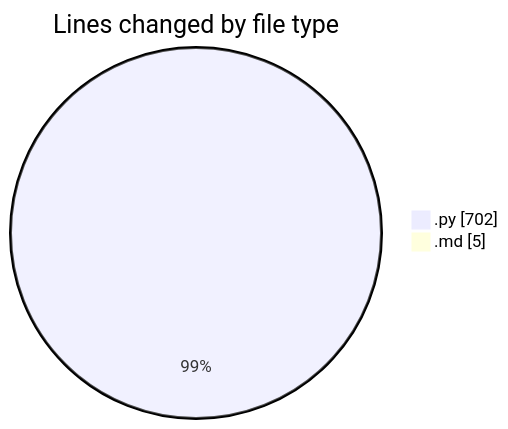
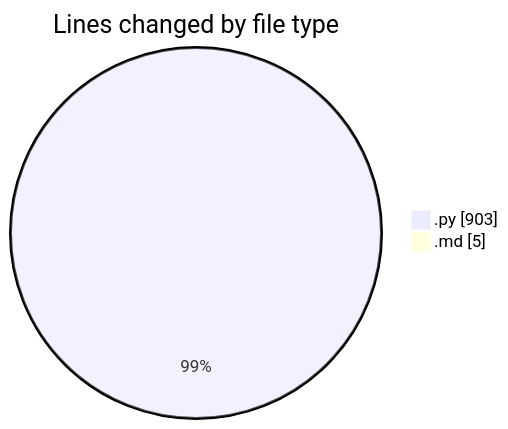
The first of 2 diagrams in 2026-01-10/dsa/README.md (Ritupan-Deka/code-tracking), drawn with Mermaid before and after one commit. The commit also changed other lines of this file and 1 other file, not shown here.

````diff
--- a/2026-01-10/dsa/README.md
+++ b/2026-01-10/dsa/README.md
@@ -21,6 +21,6 @@
 ```mermaid
 pie showData
 title Lines changed by file type
-".py" : 702
+".py" : 903
 ".md" : 5
 ```
````
